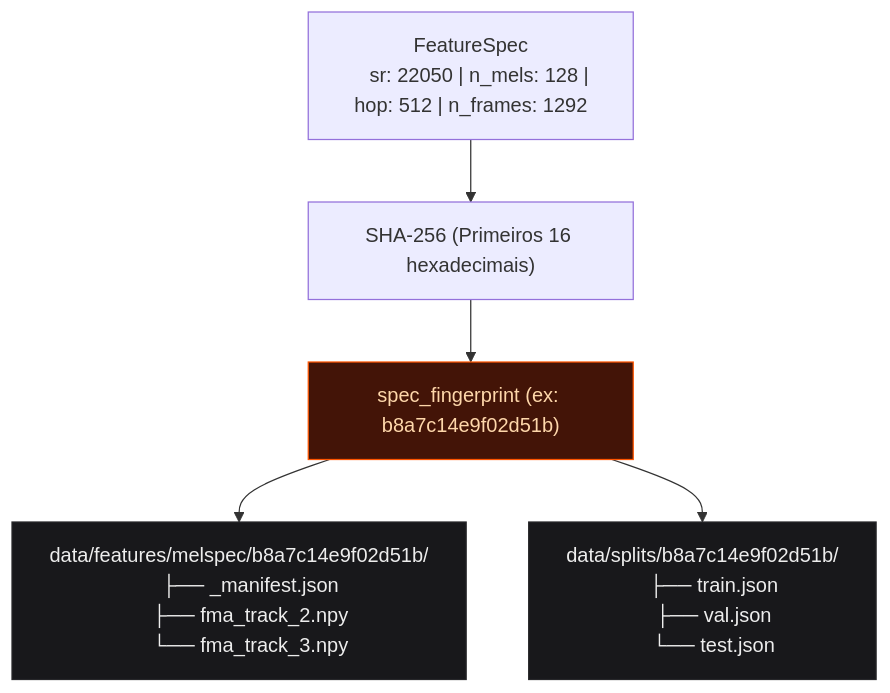
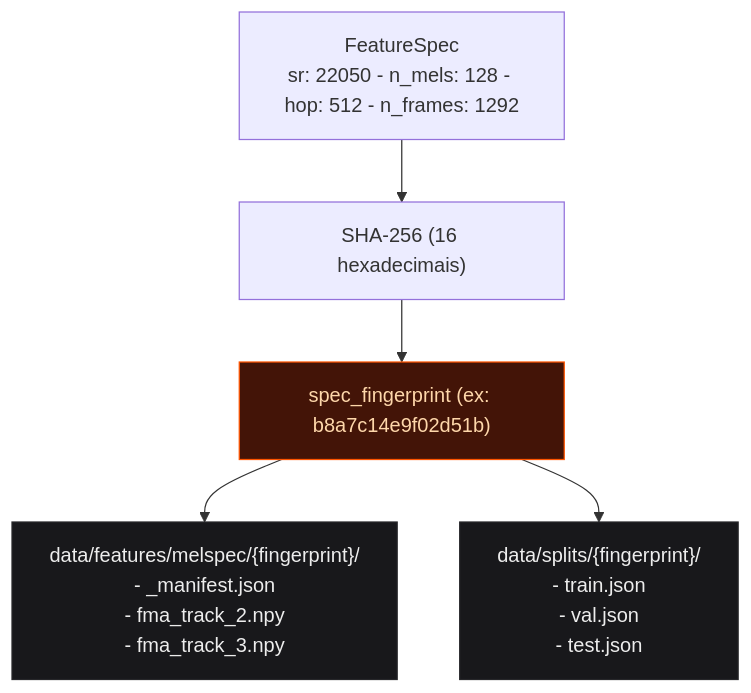
One commit to Oseiasdfarias/youfy changed the first of 2 diagrams in docs/arquitetura/contratos.md. Above: the diagram before and after it, drawn with Mermaid. The commit also changed 1 other file, not shown here.

Commit message:
fix(docs): normalizar sintaxe mermaid dos diagramas de arquitetura

````diff
--- a/docs/arquitetura/contratos.md
+++ b/docs/arquitetura/contratos.md
@@ -11,20 +11,13 @@
 ```mermaid
 flowchart TD
-    FS["FeatureSpec
-    sr: 22050 | n_mels: 128 | hop: 512 | n_frames: 1292"] --> Hash["SHA-256 (Primeiros 16 hexadecimais)"]
+    FS["FeatureSpec<br/>sr: 22050 - n_mels: 128 - hop: 512 - n_frames: 1292"] --> Hash["SHA-256 (16 hexadecimais)"]
     Hash --> FP["spec_fingerprint (ex: b8a7c14e9f02d51b)"]
     
-    FP --> DirF["data/features/melspec/b8a7c14e9f02d51b/
-    ├── _manifest.json
-    ├── fma_track_2.npy
-    └── fma_track_3.npy"]
+    FP --> DirF["data/features/melspec/{fingerprint}/<br/>- _manifest.json<br/>- fma_track_2.npy<br/>- fma_track_3.npy"]
     
-    FP --> DirS["data/splits/b8a7c14e9f02d51b/
-    ├── train.json
-    ├── val.json
-    └── test.json"]
+    FP --> DirS["data/splits/{fingerprint}/<br/>- train.json<br/>- val.json<br/>- test.json"]
 
     style FP fill:#431407,stroke:#ff5500,color:#fed7aa
     style DirF fill:#18181b,stroke:#27272a,color:#ededed
     style DirS fill:#18181b,stroke:#27272a,color:#ededed
 ```
````
